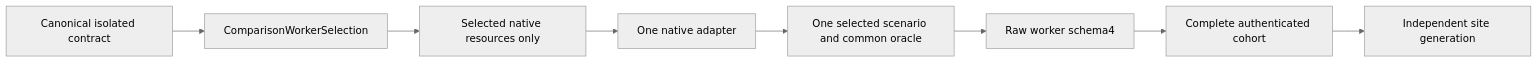
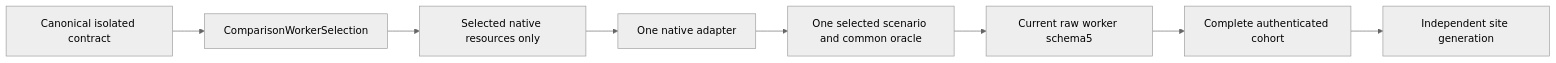
Before and after one commit to managedcode/KeyLoad: diagram 22 of 46 in docs/Architecture.md, drawn with Mermaid (neutral theme). The commit also changed 402 other files, not shown here.

````diff
--- a/docs/Architecture.md
+++ b/docs/Architecture.md
@@ -589,10 +589,10 @@
 ```mermaid
 flowchart LR
     Contract[Canonical isolated contract] --> Selection[ComparisonWorkerSelection]
     Selection --> Aspire[Selected native resources only]
     Aspire --> Target[One native adapter]
     Target --> Runner[One selected scenario and common oracle]
-    Runner --> Envelope[Raw worker schema4]
+    Runner --> Envelope[Current raw worker schema5]
     Envelope --> Aggregate[Complete authenticated cohort]
     Aggregate --> Site[Independent site generation]
 ```
````
